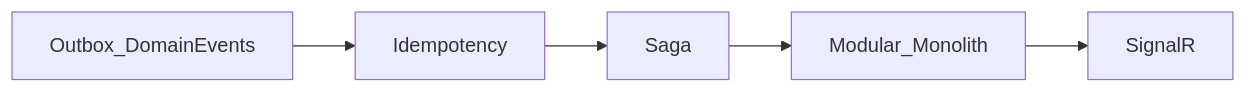
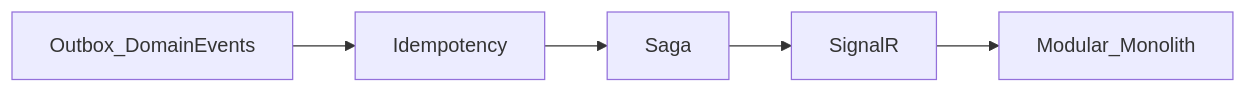
One commit to fdeniz07/BankApp changed the diagram in docs/architecture-notes.de.md. Above: the diagram before and after it, drawn with Mermaid. The commit also changed other lines of this file and 11 other files, not shown here.

Commit message:
doc: Record SignalR live notifications on roadmap and notes

````diff
--- a/docs/architecture-notes.de.md
+++ b/docs/architecture-notes.de.md
@@ -105,7 +105,7 @@
 ```mermaid
 flowchart LR
   A[Outbox_DomainEvents] --> B[Idempotency]
   B --> C[Saga]
-  C --> D[Modular_Monolith]
-  D --> E[SignalR]
+  C --> D[SignalR]
+  D --> E[Modular_Monolith]
 ```
````
